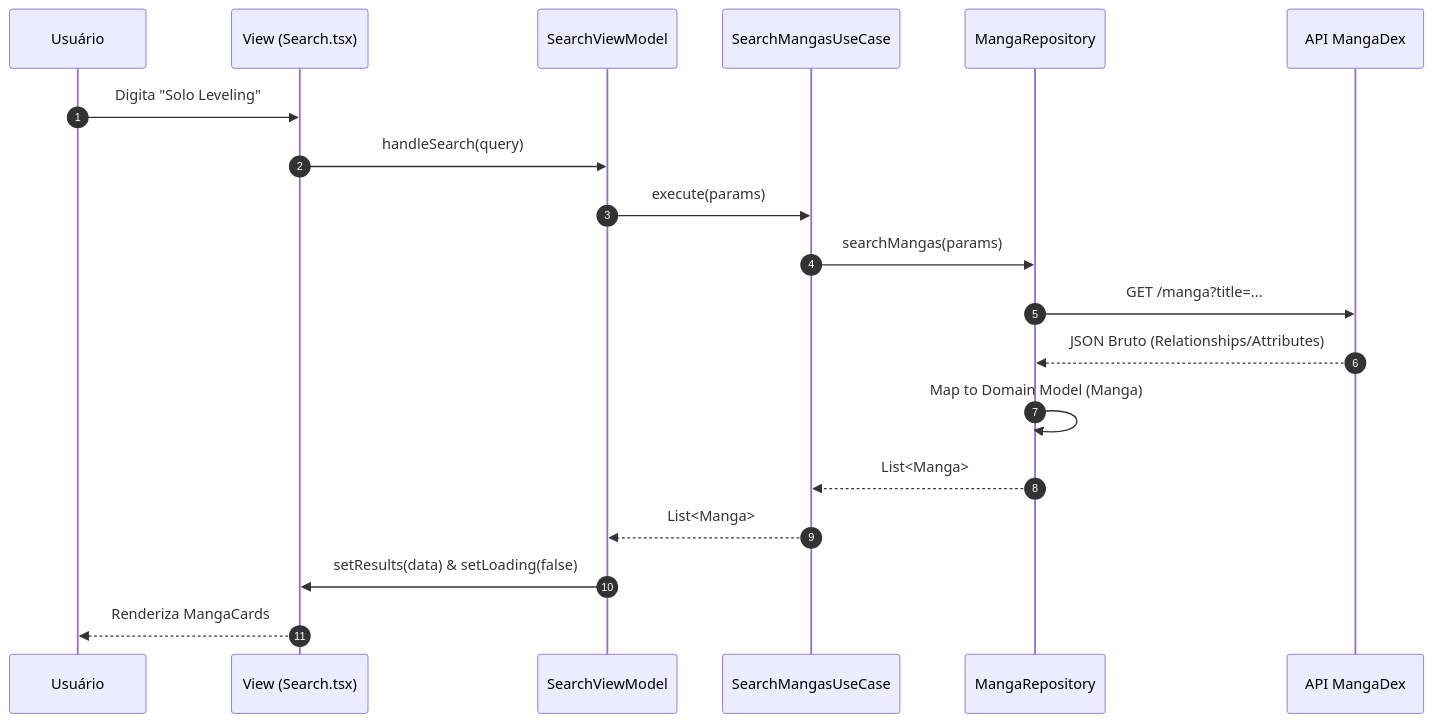
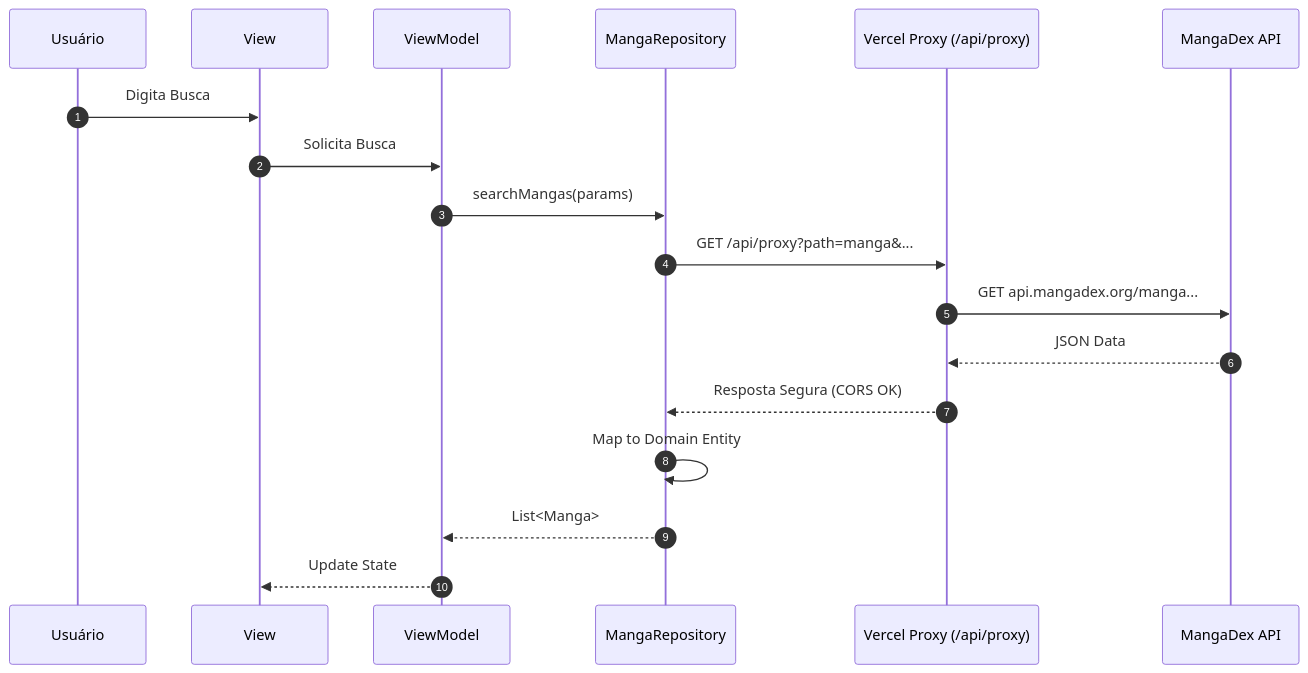
The second of 3 diagrams in README.md (felippe-flutter-dev/mangabrhub), drawn with Mermaid before and after one commit. The commit also changed other lines of this file and 3 other files, not shown here.

````diff
--- a/README.md
+++ b/README.md
@@ -90,22 +94,21 @@
 ```mermaid
 sequenceDiagram
     autonumber
     participant U as Usuário
-    participant V as View (Search.tsx)
-    participant VM as SearchViewModel
-    participant UC as SearchMangasUseCase
+    participant V as View
+    participant VM as ViewModel
     participant R as MangaRepository
-    participant API as API MangaDex
+    participant P as Vercel Proxy (/api/proxy)
+    participant API as MangaDex API
 
-    U->>V: Digita "Solo Leveling"
-    V->>VM: handleSearch(query)
-    VM->>UC: execute(params)
-    UC->>R: searchMangas(params)
-    R->>API: GET /manga?title=...
-    API-->>R: JSON Bruto (Relationships/Attributes)
-    R->>R: Map to Domain Model (Manga)
-    R-->>UC: List<Manga>
-    UC-->>VM: List<Manga>
-    VM->>V: setResults(data) & setLoading(false)
-    V-->>U: Renderiza MangaCards
+    U->>V: Digita Busca
+    V->>VM: Solicita Busca
+    VM->>R: searchMangas(params)
+    R->>P: GET /api/proxy?path=manga&...
+    P->>API: GET api.mangadex.org/manga...
+    API-->>P: JSON Data
+    P-->>R: Resposta Segura (CORS OK)
+    R->>R: Map to Domain Entity
+    R-->>VM: List<Manga>
+    VM-->>V: Update State
 ```
````
